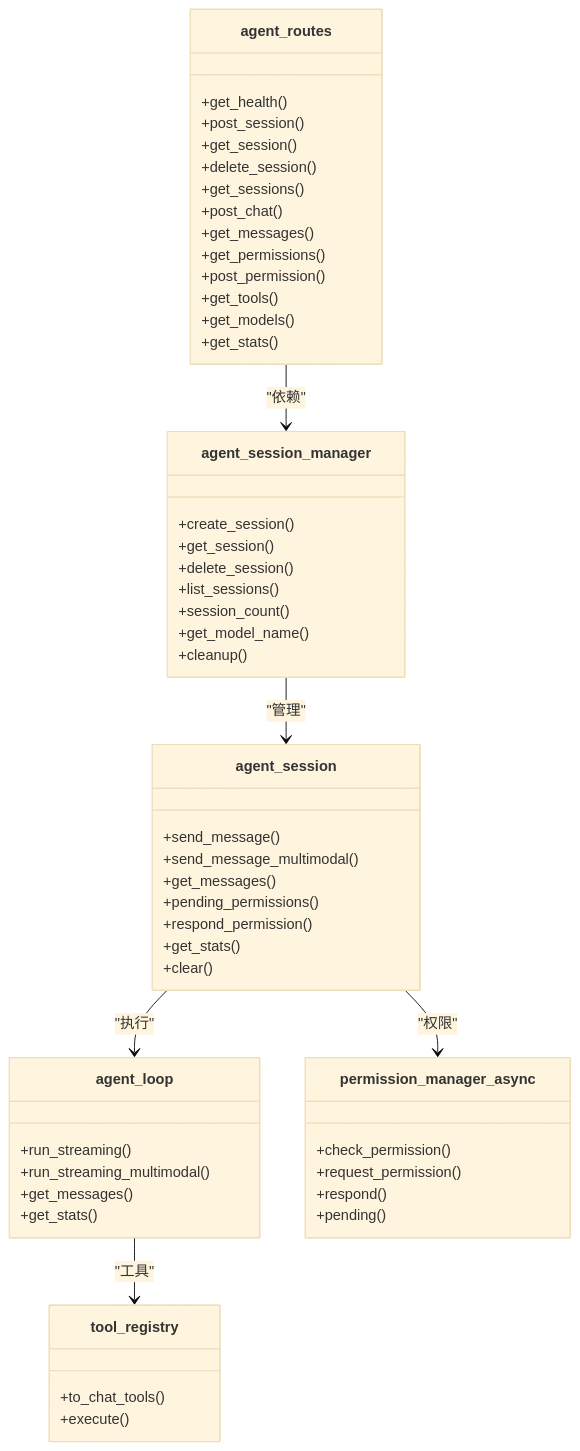
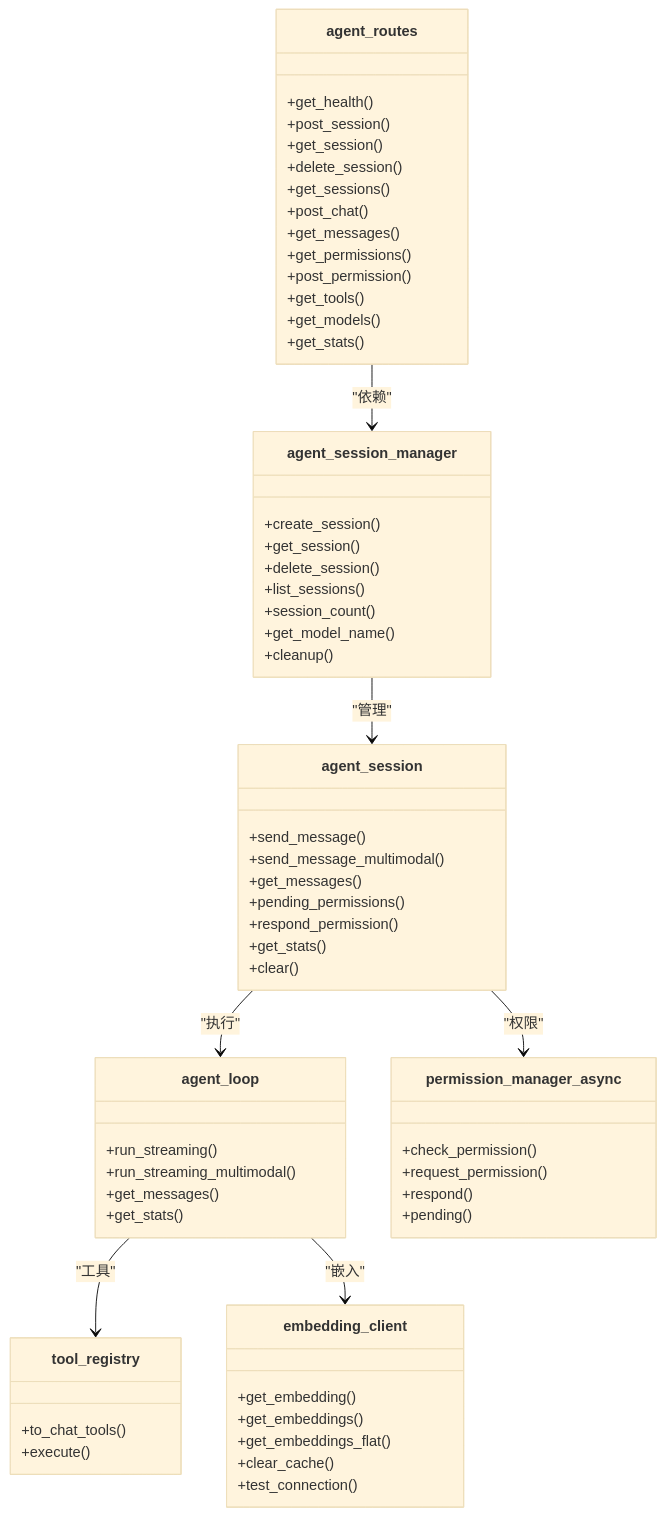
One commit to acproject/llama.cpp-agent changed the fourth of 4 diagrams in .qoder/repowiki/zh/content/HTTP 服务器和 API/代理会话管理.md. Above: the diagram before and after it, drawn with Mermaid (base theme). The commit also changed other lines of this file and 2 other files, not shown here.

````diff
--- a/.qoder/repowiki/zh/content/HTTP 服务器和 API/代理会话管理.md
+++ b/.qoder/repowiki/zh/content/HTTP 服务器和 API/代理会话管理.md
@@ -268,56 +340,64 @@
 ```mermaid
 classDiagram
 class agent_routes {
 +get_health()
 +post_session()
 +get_session()
 +delete_session()
 +get_sessions()
 +post_chat()
 +get_messages()
 +get_permissions()
 +post_permission()
 +get_tools()
 +get_models()
 +get_stats()
 }
 class agent_session_manager {
 +create_session()
 +get_session()
 +delete_session()
 +list_sessions()
 +session_count()
 +get_model_name()
 +cleanup()
 }
 class agent_session {
 +send_message()
 +send_message_multimodal()
 +get_messages()
 +pending_permissions()
 +respond_permission()
 +get_stats()
 +clear()
 }
 class agent_loop {
 +run_streaming()
 +run_streaming_multimodal()
 +get_messages()
 +get_stats()
 }
 class permission_manager_async {
 +check_permission()
 +request_permission()
 +respond()
 +pending()
 }
 class tool_registry {
 +to_chat_tools()
 +execute()
 }
+class embedding_client {
++get_embedding()
++get_embeddings()
++get_embeddings_flat()
++clear_cache()
++test_connection()
+}
 agent_routes --> agent_session_manager : "依赖"
 agent_session_manager --> agent_session : "管理"
 agent_session --> agent_loop : "执行"
 agent_session --> permission_manager_async : "权限"
 agent_loop --> tool_registry : "工具"
+agent_loop --> embedding_client : "嵌入"
 ```
````
